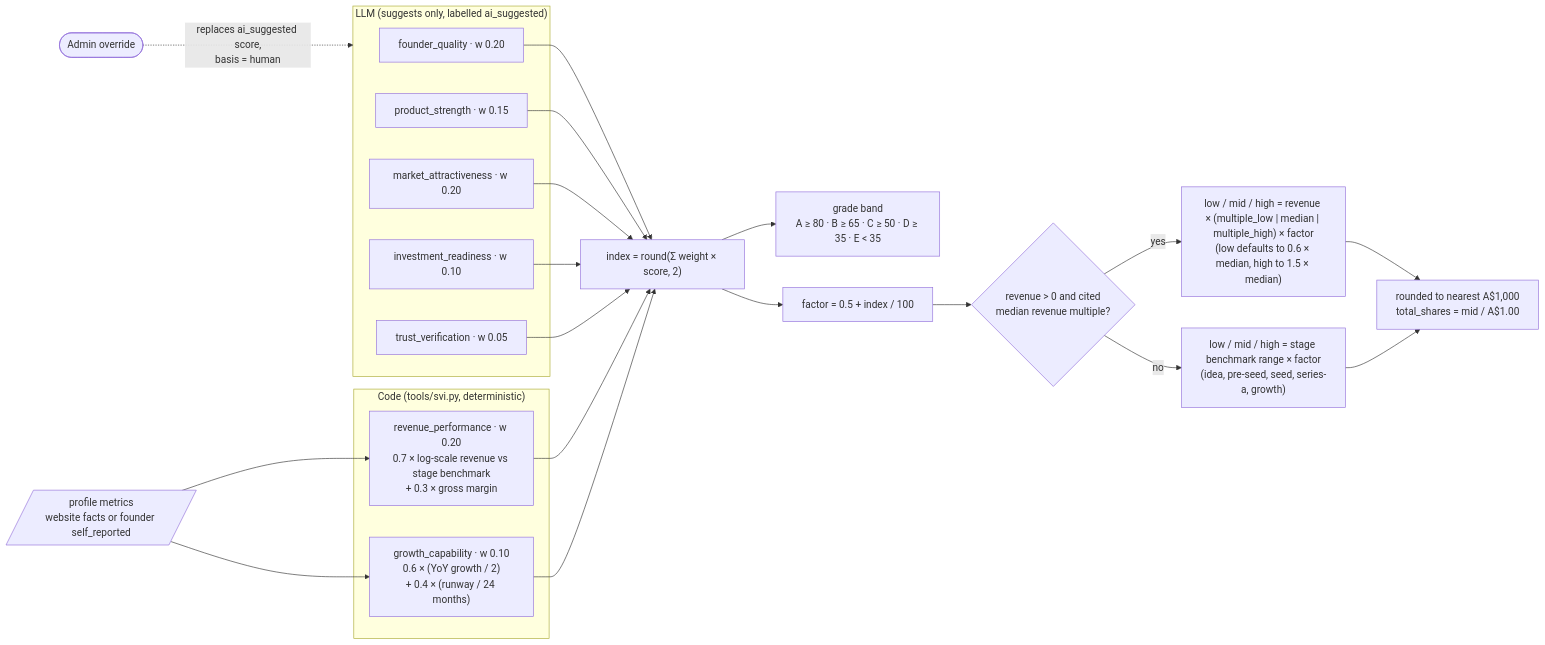
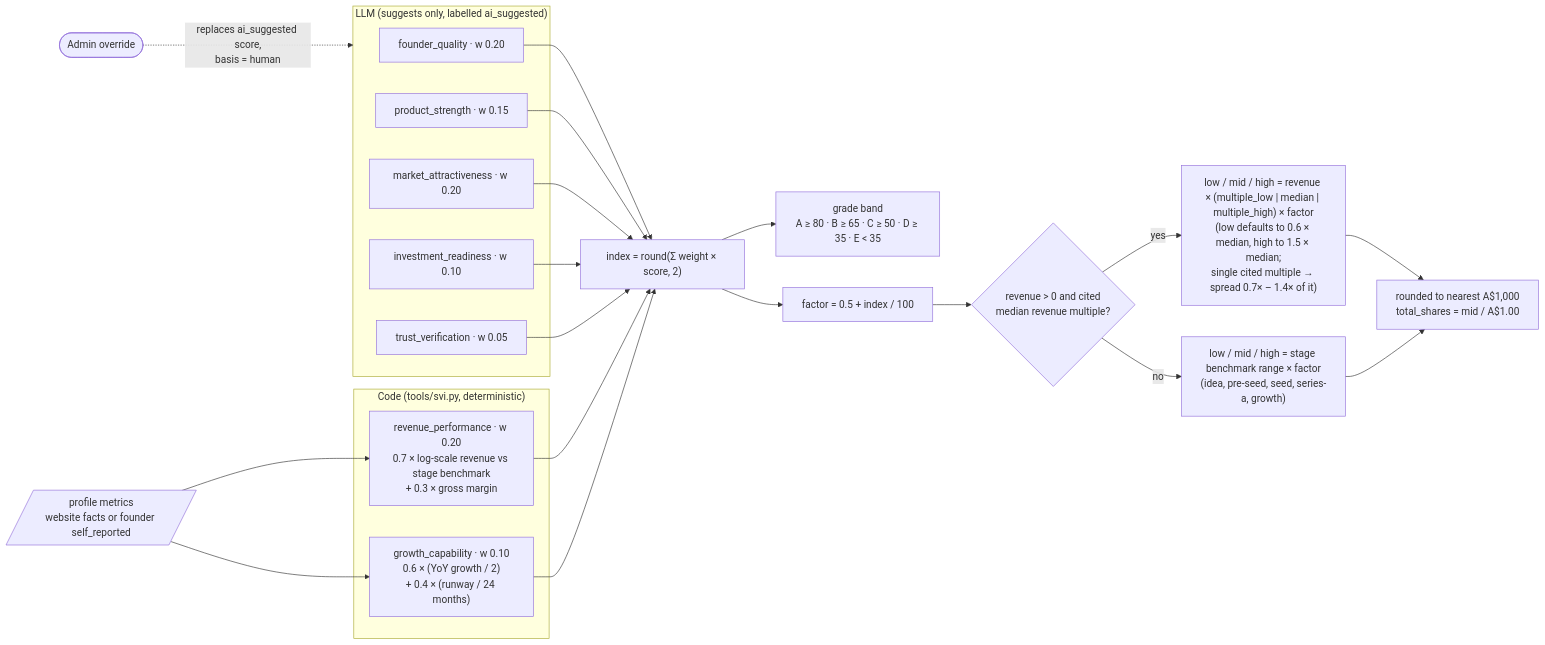
Before and after one commit to Blockid-au/eth-blockid-hackathon: the diagram in docs/diagrams/04-svi-scoring.mmd, drawn with Mermaid. The commit also changed 141 other files, not shown here.

```diff
--- a/docs/diagrams/04-svi-scoring.mmd
+++ b/docs/diagrams/04-svi-scoring.mmd
@@ -1,21 +1,21 @@
 flowchart LR
   subgraph llm["LLM (suggests only, labelled ai_suggested)"]
     f["founder_quality · w 0.20"]
     p["product_strength · w 0.15"]
     m["market_attractiveness · w 0.20"]
     i["investment_readiness · w 0.10"]
     t["trust_verification · w 0.05"]
   end
   subgraph code["Code (tools/svi.py, deterministic)"]
     r["revenue_performance · w 0.20<br/>0.7 × log-scale revenue vs stage benchmark<br/>+ 0.3 × gross margin"]
     g["growth_capability · w 0.10<br/>0.6 × (YoY growth / 2)<br/>+ 0.4 × (runway / 24 months)"]
   end
   metrics[/"profile metrics<br/>website facts or founder self_reported"/] --> r & g
   f & p & m & i & t & r & g --> idx["index = round(Σ weight × score, 2)"]
   idx --> band["grade band<br/>A ≥ 80 · B ≥ 65 · C ≥ 50 · D ≥ 35 · E &lt; 35"]
   idx --> fac["factor = 0.5 + index / 100"]
   fac --> val{"revenue &gt; 0 and cited<br/>median revenue multiple?"}
-  val -->|yes| rm["low / mid / high = revenue × (multiple_low | median | multiple_high) × factor<br/>(low defaults to 0.6 × median, high to 1.5 × median)"]
+  val -->|yes| rm["low / mid / high = revenue × (multiple_low | median | multiple_high) × factor<br/>(low defaults to 0.6 × median, high to 1.5 × median;<br/>single cited multiple → spread 0.7× – 1.4× of it)"]
   val -->|no| st["low / mid / high = stage benchmark range × factor<br/>(idea, pre-seed, seed, series-a, growth)"]
   rm & st --> round["rounded to nearest A$1,000<br/>total_shares = mid / A$1.00"]
   human(["Admin override"]) -. "replaces ai_suggested score,<br/>basis = human" .-> llm
```
